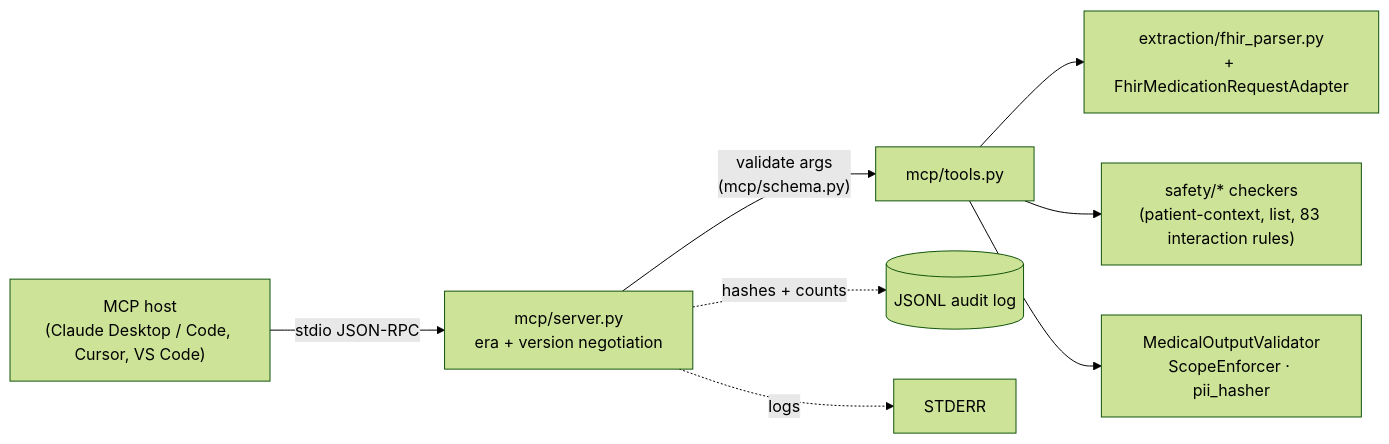
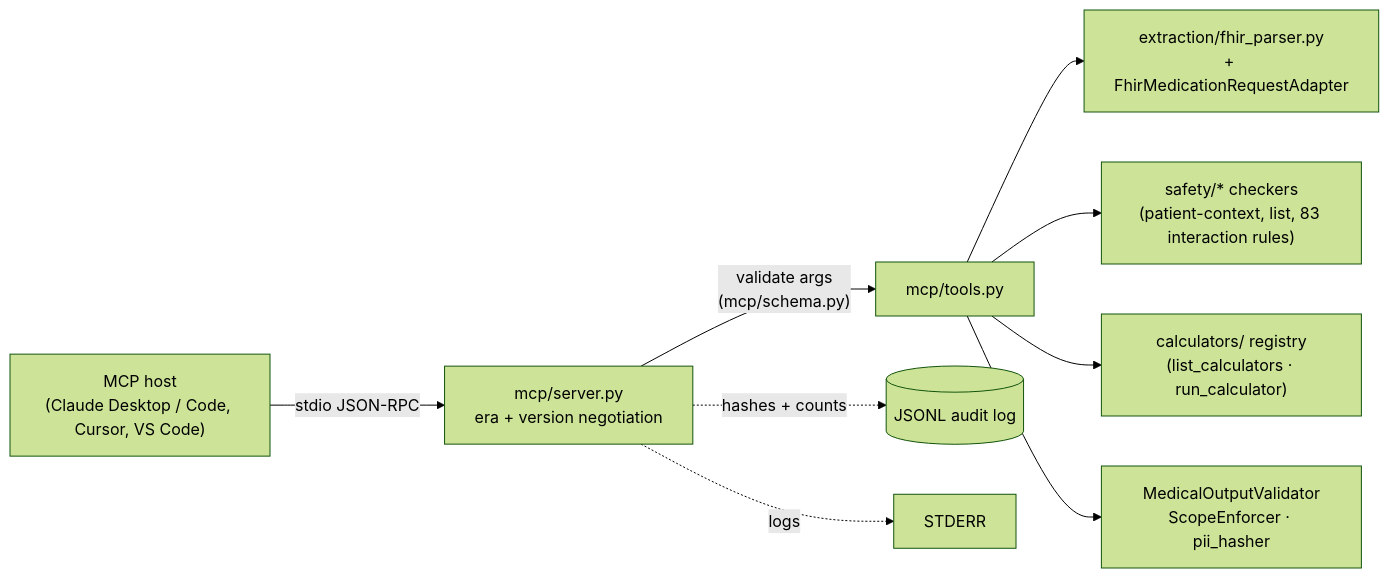
Before and after one commit to Francis1998/medagent-core: the first of 5 diagrams in ARCHITECTURE.md, drawn with Mermaid (forest theme). The commit also changed other lines of this file and 9 other files, not shown here.

````diff
--- a/ARCHITECTURE.md
+++ b/ARCHITECTURE.md
@@ -318,10 +329,11 @@
 ```mermaid
 flowchart LR
     host["MCP host<br/>(Claude Desktop / Code, Cursor, VS Code)"] -- "stdio JSON-RPC" --> server["mcp/server.py<br/>era + version negotiation"]
     server -- "validate args<br/>(mcp/schema.py)" --> tools["mcp/tools.py"]
     tools --> parser["extraction/fhir_parser.py<br/>+ FhirMedicationRequestAdapter"]
     tools --> checks["safety/* checkers<br/>(patient-context, list, 83 interaction rules)"]
+    tools --> calcs["calculators/ registry<br/>(list_calculators · run_calculator)"]
     tools --> guard["MedicalOutputValidator<br/>ScopeEnforcer · pii_hasher"]
     server -. "hashes + counts" .-> audit[("JSONL audit log")]
     server -. "logs" .-> stderr["STDERR"]
 ```
````
